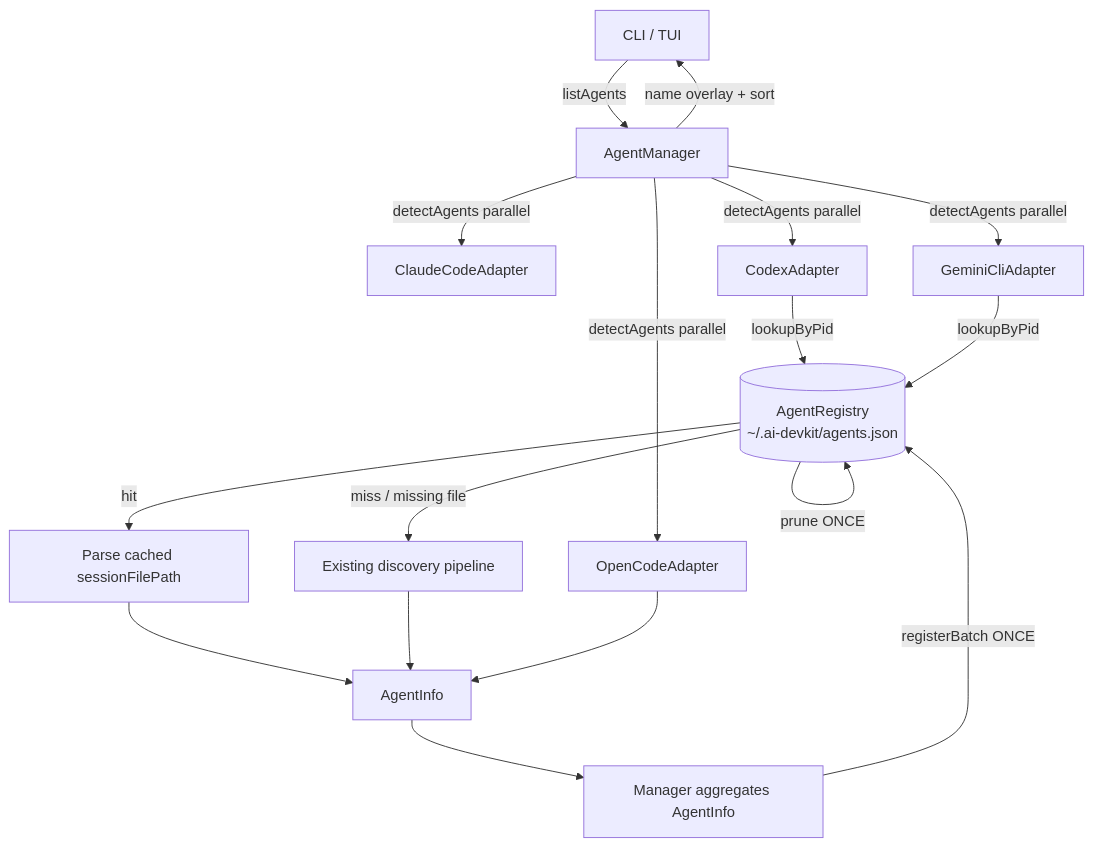
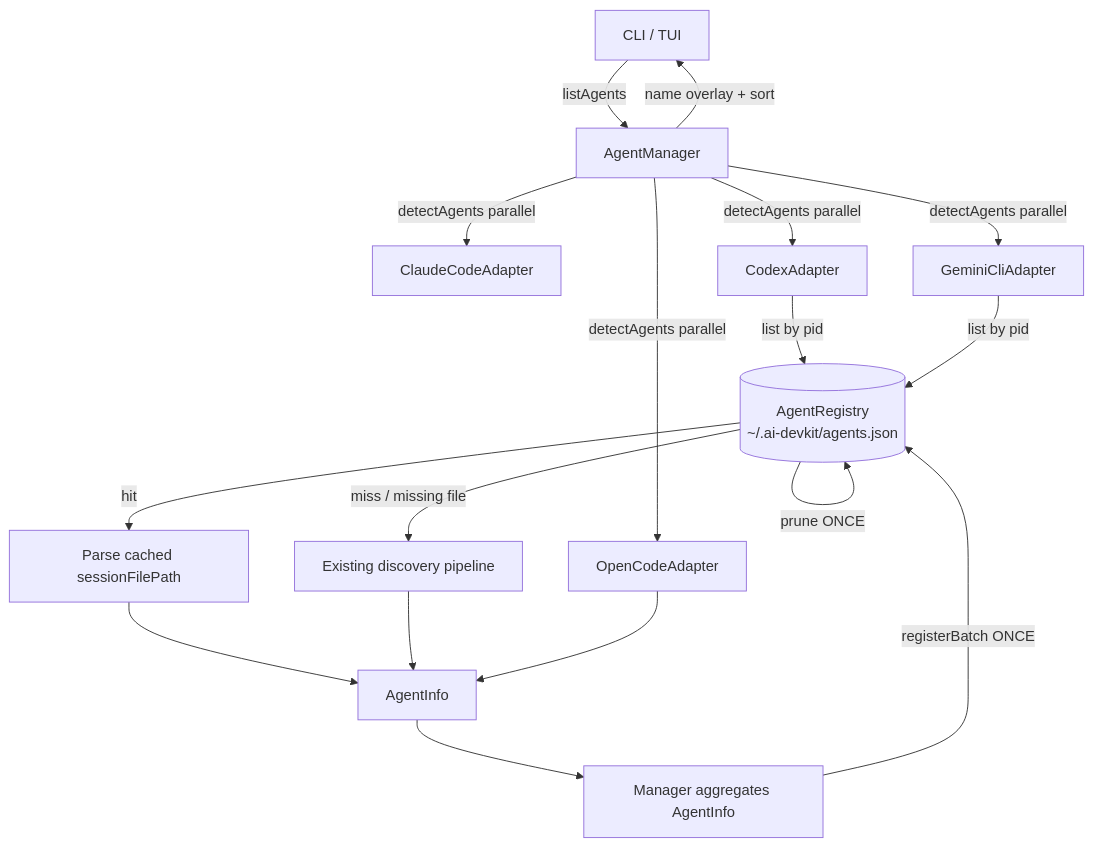
One commit to codeaholicguy/ai-devkit changed the diagram in docs/ai/design/2026-05-30-feature-agent-registry-session-cache.md. Above: the diagram before and after it, drawn with Mermaid. The commit also changed other lines of this file and 13 other files, not shown here.

Commit message:
feat(agent-manager): implement registry mirrors live agents

````diff
--- a/docs/ai/design/2026-05-30-feature-agent-registry-session-cache.md
+++ b/docs/ai/design/2026-05-30-feature-agent-registry-session-cache.md
@@ -13,24 +13,24 @@
 ```mermaid
 graph TD
     CLI[CLI / TUI] -->|listAgents| Manager[AgentManager]
 
     Manager -->|detectAgents parallel| Claude[ClaudeCodeAdapter]
     Manager -->|detectAgents parallel| Codex[CodexAdapter]
     Manager -->|detectAgents parallel| Gemini[GeminiCliAdapter]
     Manager -->|detectAgents parallel| OpenCode[OpenCodeAdapter]
 
-    Codex -->|lookupByPid| Registry[(AgentRegistry<br/>~/.ai-devkit/agents.json)]
-    Gemini -->|lookupByPid| Registry
+    Codex -->|list by pid| Registry[(AgentRegistry<br/>~/.ai-devkit/agents.json)]
+    Gemini -->|list by pid| Registry
 
     Registry -->|hit| HitPath[Parse cached sessionFilePath]
     Registry -->|miss / missing file| MissPath[Existing discovery pipeline]
 
     HitPath --> Build[AgentInfo]
     MissPath --> Build
     OpenCode --> Build
 
     Build --> Aggregate[Manager aggregates AgentInfo]
     Aggregate -->|registerBatch ONCE| Registry
     Registry -->|prune ONCE| Registry
     Manager -->|name overlay + sort| CLI
 ```
````
